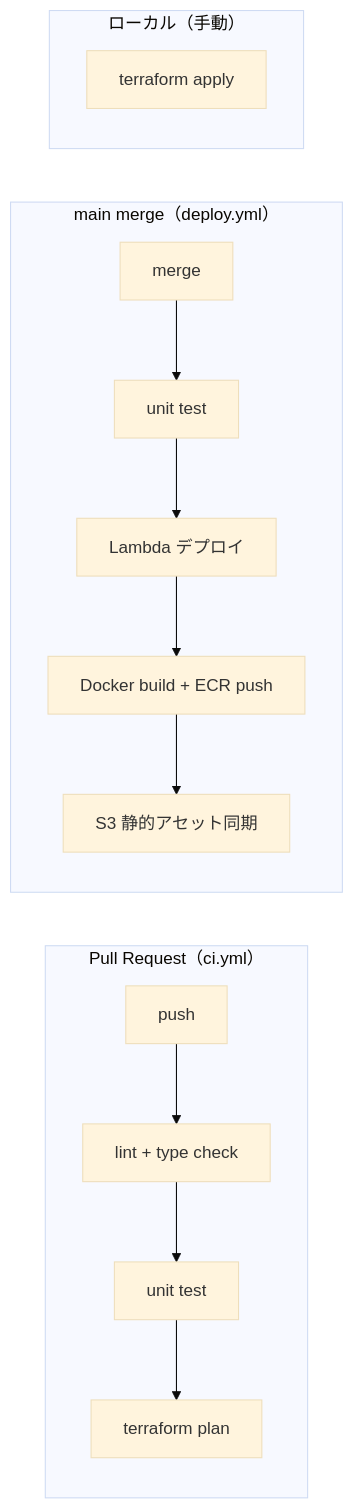
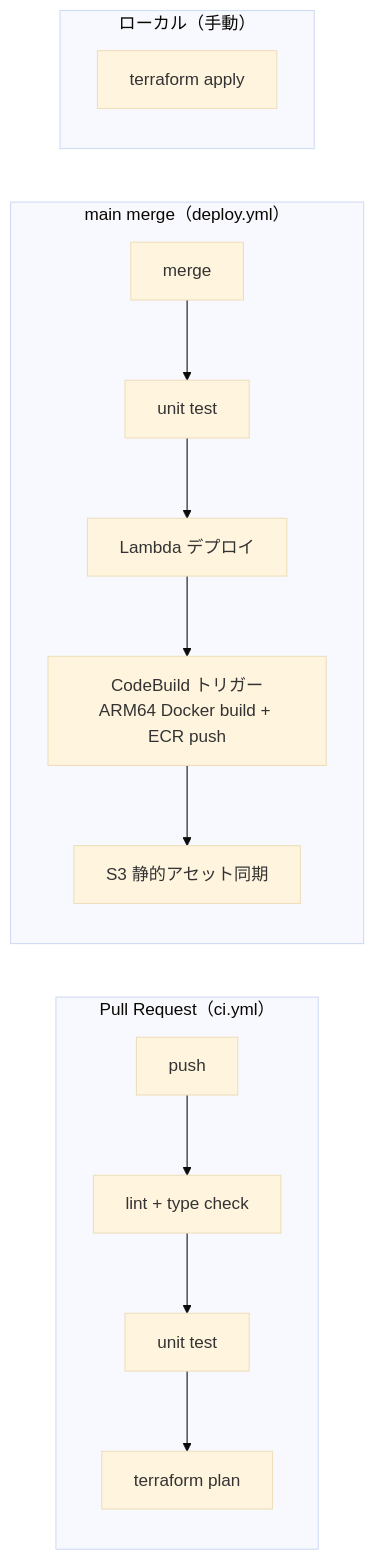
Before and after one commit to Shintaro-Abe/ai-papers-digest: the fourth of 4 diagrams in docs/architecture.md, drawn with Mermaid (base theme). The commit also changed other lines of this file and 1 other file, not shown here.

First line of the commit message:
docs: update CI/CD docs to reflect CodeBuild ARM64 Docker build

````diff
--- a/docs/architecture.md
+++ b/docs/architecture.md
@@ -576,19 +576,19 @@
 ```mermaid
 graph LR
     subgraph "Pull Request（ci.yml）"
         A[push] --> B[lint + type check]
         B --> C[unit test]
         C --> D[terraform plan]
     end
 
     subgraph "main merge（deploy.yml）"
         E[merge] --> F[unit test]
         F --> G[Lambda デプロイ]
-        G --> H[Docker build + ECR push]
+        G --> H[CodeBuild トリガー<br/>ARM64 Docker build + ECR push]
         H --> I[S3 静的アセット同期]
     end
 
     subgraph "ローカル（手動）"
         J[terraform apply]
     end
 ```
````
